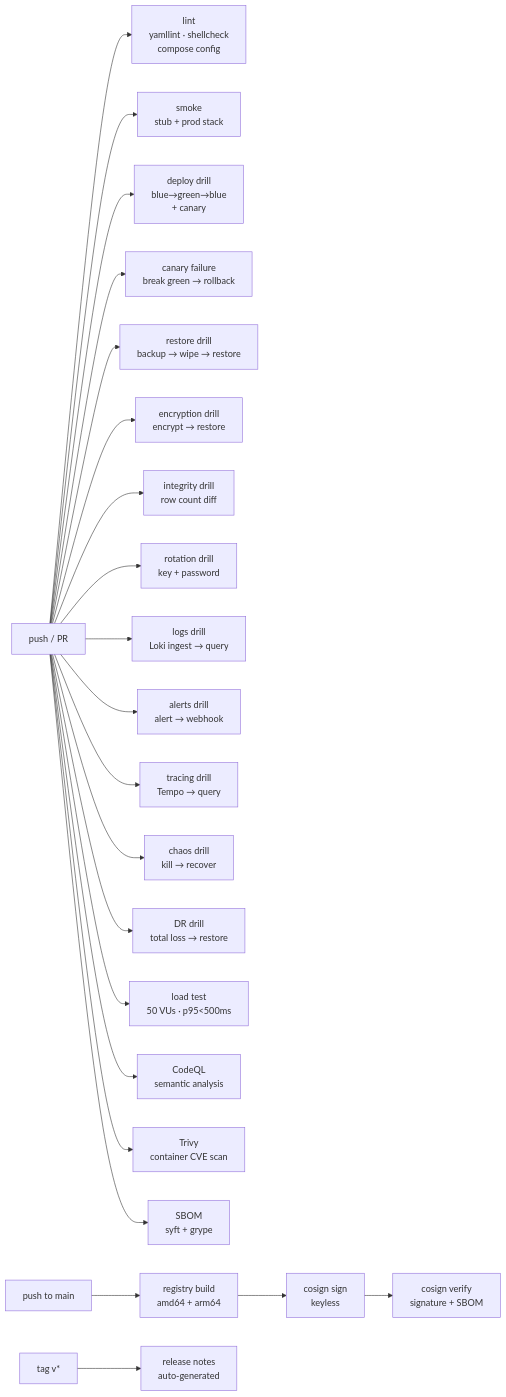
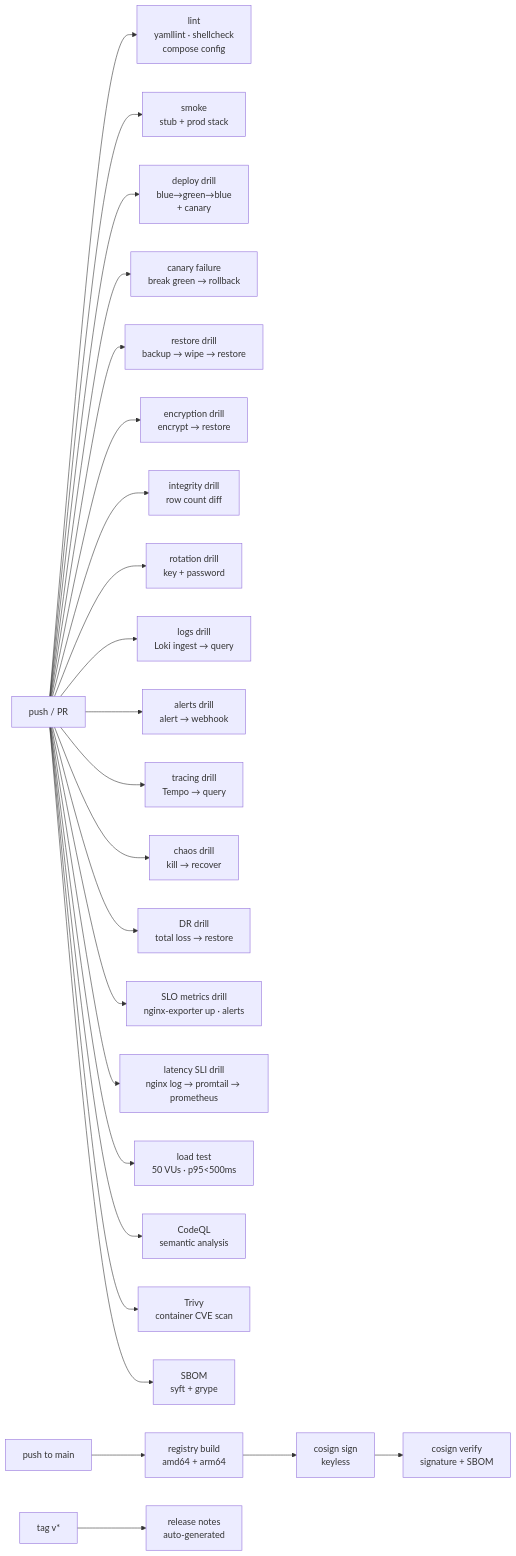
Before and after one commit to Abolfazlrwm/stacksmith: the second of 4 diagrams in docs/architecture.md, drawn with Mermaid. The commit also changed other lines of this file and 3 other files, not shown here.

````diff
--- a/docs/architecture.md
+++ b/docs/architecture.md
@@ -112,24 +112,26 @@
 ```mermaid
 flowchart LR
     push["push / PR"] --> lint["lint<br/>yamllint · shellcheck<br/>compose config"]
     push --> smoke["smoke<br/>stub + prod stack"]
     push --> deploy_drill["deploy drill<br/>blue→green→blue<br/>+ canary"]
     push --> canary_fail["canary failure<br/>break green → rollback"]
     push --> restore_drill["restore drill<br/>backup → wipe → restore"]
     push --> enc_drill["encryption drill<br/>encrypt → restore"]
     push --> integ_drill["integrity drill<br/>row count diff"]
     push --> rot_drill["rotation drill<br/>key + password"]
     push --> logs_drill["logs drill<br/>Loki ingest → query"]
     push --> alerts_drill["alerts drill<br/>alert → webhook"]
     push --> trace_drill["tracing drill<br/>Tempo → query"]
     push --> chaos_drill["chaos drill<br/>kill → recover"]
     push --> dr_drill["DR drill<br/>total loss → restore"]
+    push --> slo_drill["SLO metrics drill<br/>nginx-exporter up · alerts"]
+    push --> lat_drill["latency SLI drill<br/>nginx log → promtail → prometheus"]
     push --> k6["load test<br/>50 VUs · p95<500ms"]
     push --> codeql["CodeQL<br/>semantic analysis"]
     push --> trivy["Trivy<br/>container CVE scan"]
     push --> sbom["SBOM<br/>syft + grype"]
     push_main["push to main"] --> registry["registry build<br/>amd64 + arm64"]
     registry --> cosign_sign["cosign sign<br/>keyless"]
     cosign_sign --> cosign_verify["cosign verify<br/>signature + SBOM"]
     tag["tag v*"] --> release_notes["release notes<br/>auto-generated"]
 ```
````
